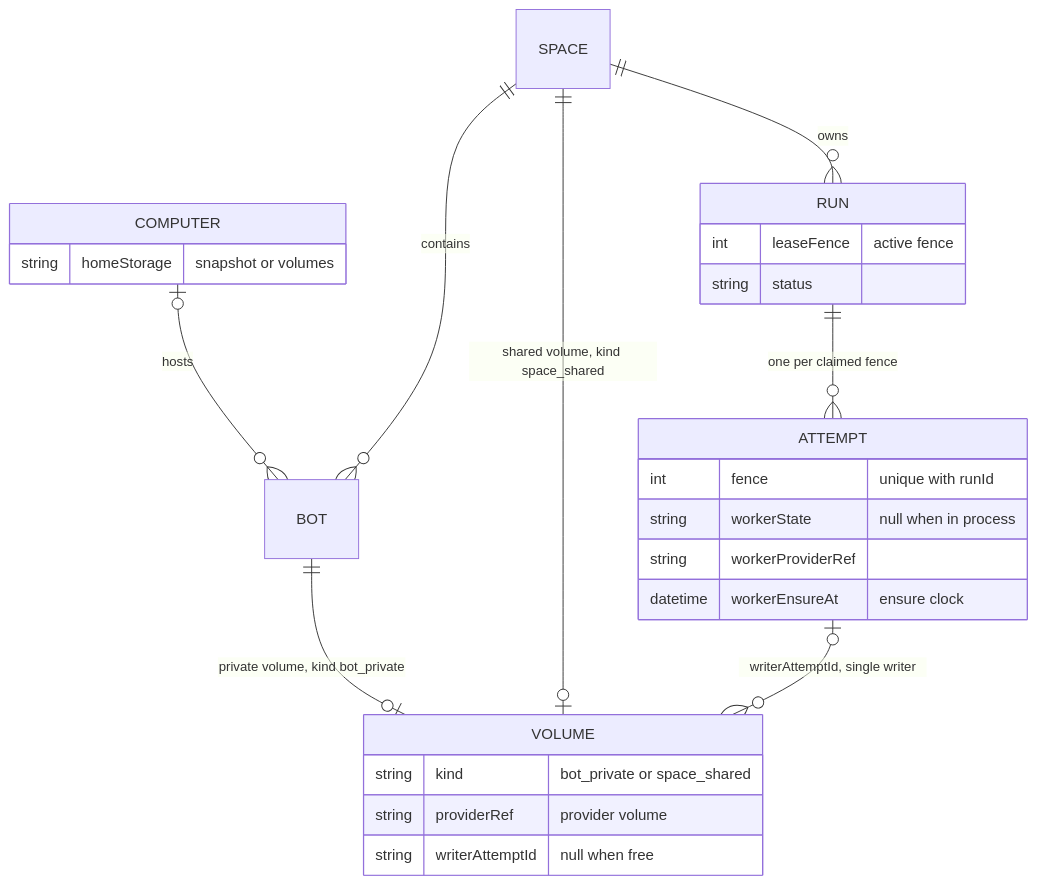
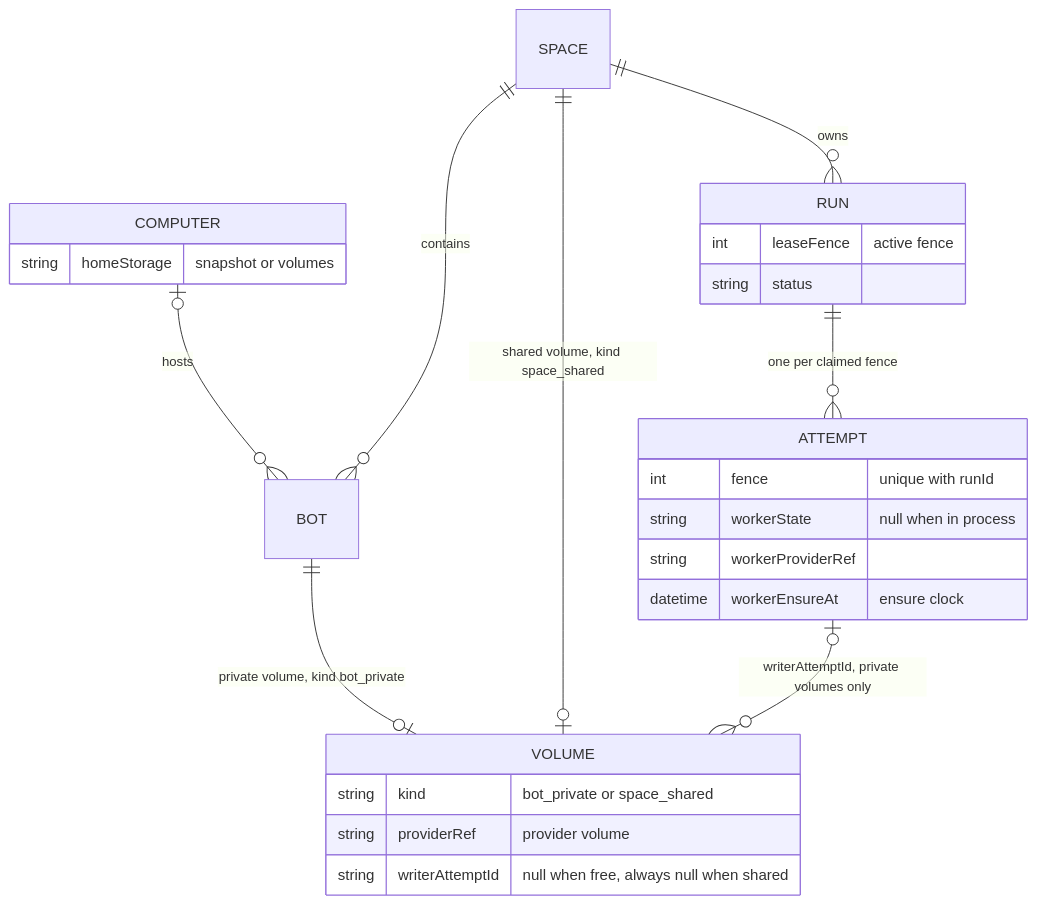
The second of 4 diagrams in docs/implementation/pi-e2b/P1-handoff.md (RomainJeff/tangow-bot), drawn with Mermaid before and after one commit. The commit also changed other lines of this file and 6 other files, not shown here.

First line of the commit message:
feat(workers): let every bot of a space write the shared volume

````diff
--- a/docs/implementation/pi-e2b/P1-handoff.md
+++ b/docs/implementation/pi-e2b/P1-handoff.md
@@ -76,29 +76,29 @@
 ```mermaid
 erDiagram
   COMPUTER |o--o{ BOT : "hosts"
   SPACE ||--o{ BOT : contains
   BOT ||--o| VOLUME : "private volume, kind bot_private"
   SPACE ||--o| VOLUME : "shared volume, kind space_shared"
-  ATTEMPT |o--o{ VOLUME : "writerAttemptId, single writer"
+  ATTEMPT |o--o{ VOLUME : "writerAttemptId, private volumes only"
   RUN ||--o{ ATTEMPT : "one per claimed fence"
   SPACE ||--o{ RUN : owns
 
   RUN {
     int leaseFence "active fence"
     string status
   }
   ATTEMPT {
     int fence "unique with runId"
     string workerState "null when in process"
     string workerProviderRef
     datetime workerEnsureAt "ensure clock"
   }
   VOLUME {
     string kind "bot_private or space_shared"
     string providerRef "provider volume"
-    string writerAttemptId "null when free"
+    string writerAttemptId "null when free, always null when shared"
   }
   COMPUTER {
     string homeStorage "snapshot or volumes"
   }
 ```
````
